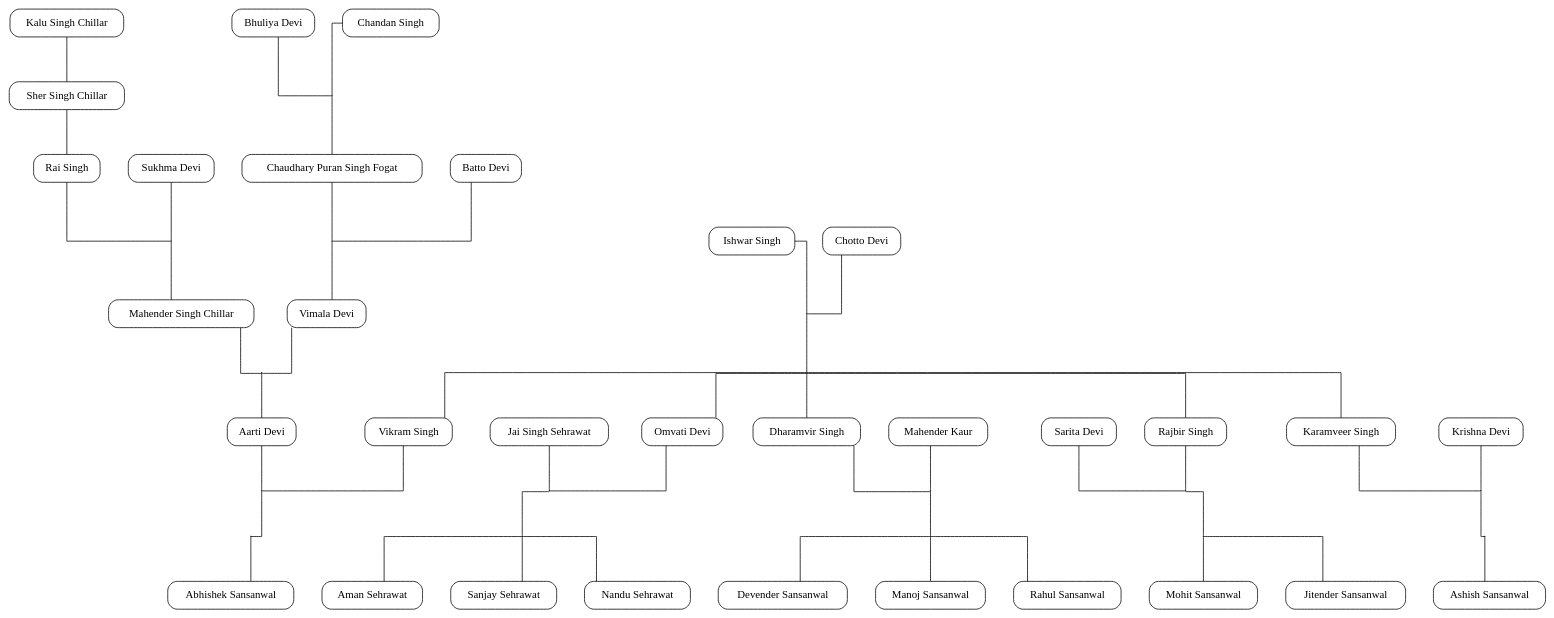
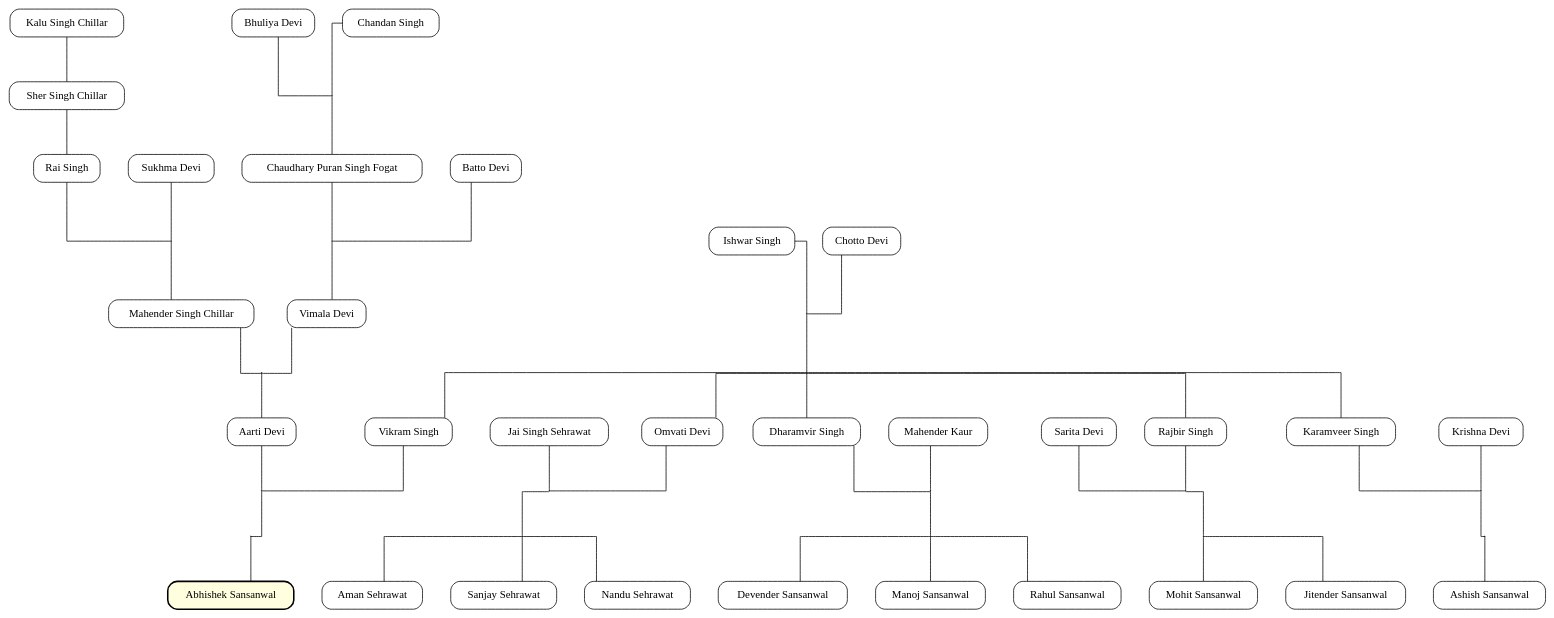
Before and after one commit to a-sansanwal/a-sansanwal.github.io: the diagram in family_tree/tree.dot, drawn with Graphviz.

```diff
--- a/family_tree/tree.dot
+++ b/family_tree/tree.dot
@@ -214,6 +214,17 @@
     { rank=same; Omvati; Jai; }
     { rank=same; Nandu; Aman; Sanjay; }
 
+    // ABHISHEK SANSANWAL — (Author)
+    Abhishek [
+        label="Abhishek Sansanwal",
+        style="rounded,filled,bold",
+        fillcolor="lightyellow",
+        color="black",
+        penwidth=2,
+        fontcolor="black"
+    ];
+
+
     // =========================================================
     // GENERATIONAL ALIGNMENT
     // =========================================================
```
